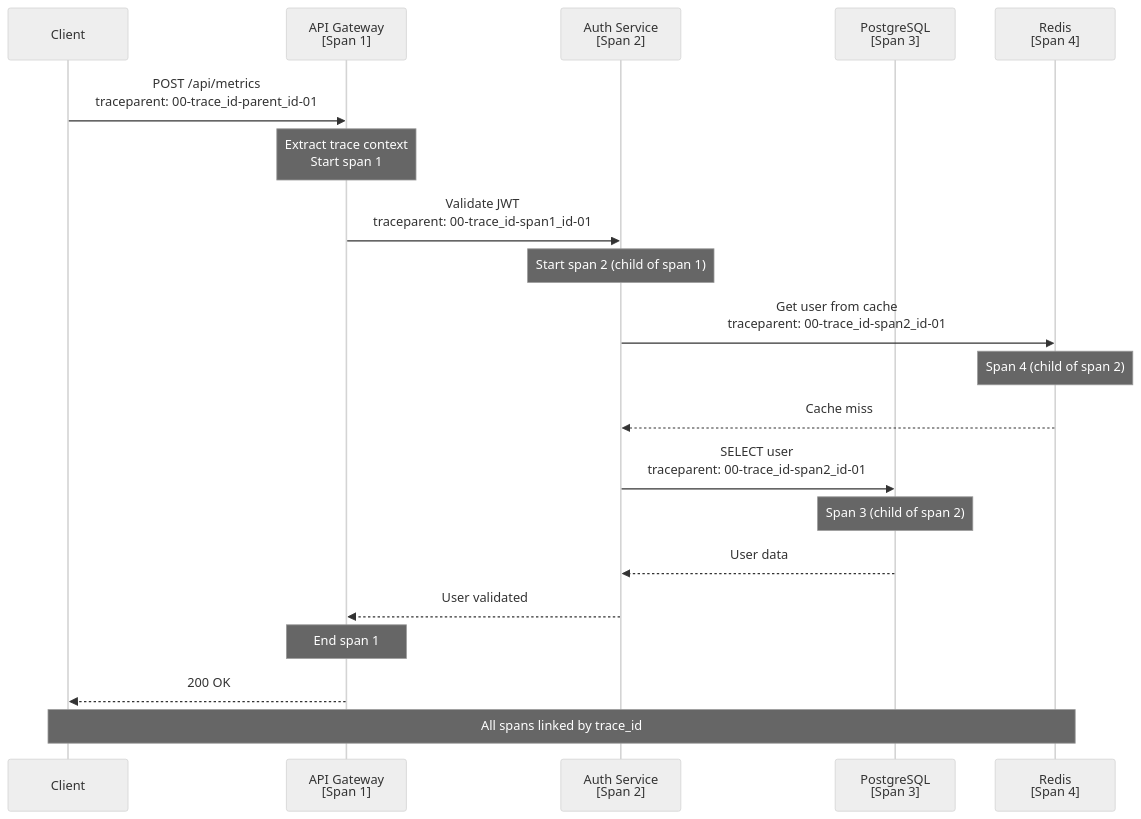
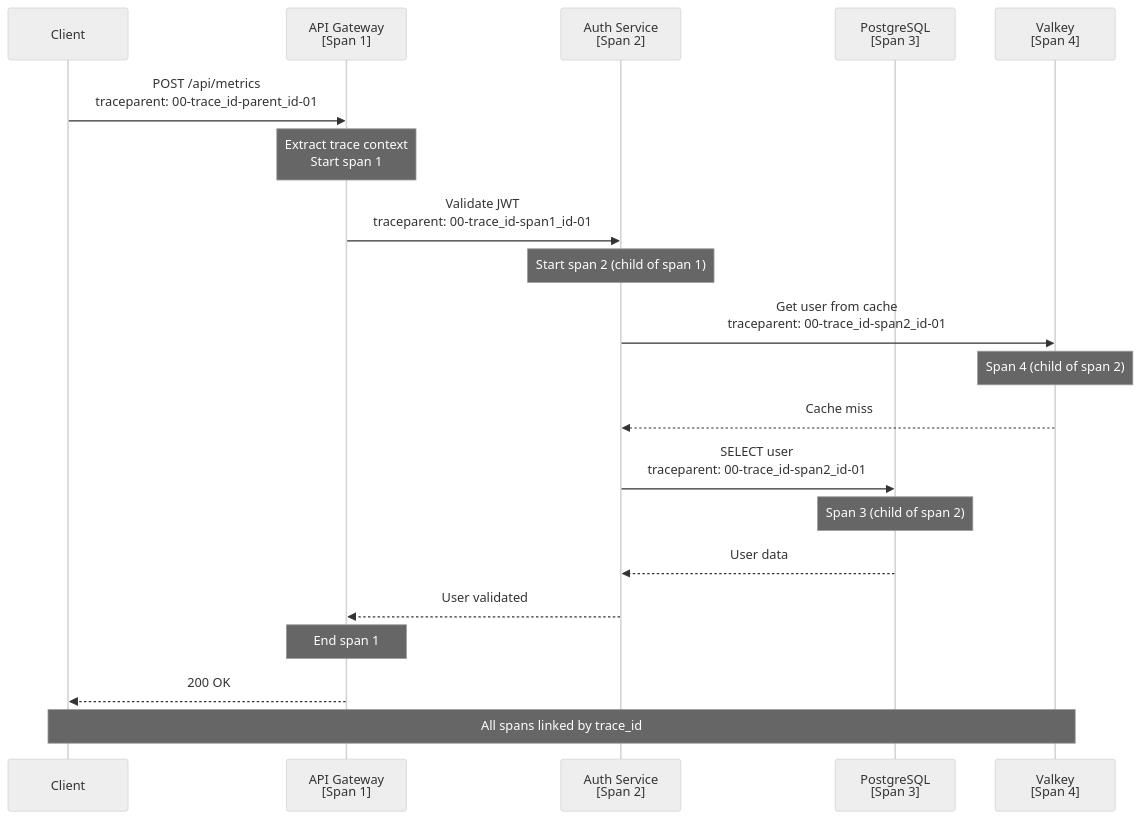
The second of 2 diagrams in backend/shared/otel.md (telemetryflow/telemetryflow-overview), drawn with Mermaid (neutral theme) before and after one commit. The commit also changed other lines of this file and 23 other files, not shown here.

First line of the commit message:
docs: relabel Redis->Valkey in architecture/diagrams/prose (follow-up sweep)

````diff
--- a/backend/shared/otel.md
+++ b/backend/shared/otel.md
@@ -261,33 +261,33 @@
 ```mermaid
 sequenceDiagram
     participant CLIENT as Client
     participant API as API Gateway<br/>[Span 1]
     participant AUTH as Auth Service<br/>[Span 2]
     participant DB as PostgreSQL<br/>[Span 3]
-    participant CACHE as Redis<br/>[Span 4]
+    participant CACHE as Valkey<br/>[Span 4]
 
     CLIENT->>API: POST /api/metrics<br/>traceparent: 00-trace_id-parent_id-01
 
     Note over API: Extract trace context<br/>Start span 1
 
     API->>AUTH: Validate JWT<br/>traceparent: 00-trace_id-span1_id-01
 
     Note over AUTH: Start span 2 (child of span 1)
 
     AUTH->>CACHE: Get user from cache<br/>traceparent: 00-trace_id-span2_id-01
 
     Note over CACHE: Span 4 (child of span 2)
     CACHE-->>AUTH: Cache miss
 
     AUTH->>DB: SELECT user<br/>traceparent: 00-trace_id-span2_id-01
 
     Note over DB: Span 3 (child of span 2)
     DB-->>AUTH: User data
 
     AUTH-->>API: User validated
 
     Note over API: End span 1
     API-->>CLIENT: 200 OK
 
     Note over CLIENT,CACHE: All spans linked by trace_id
 ```
````
